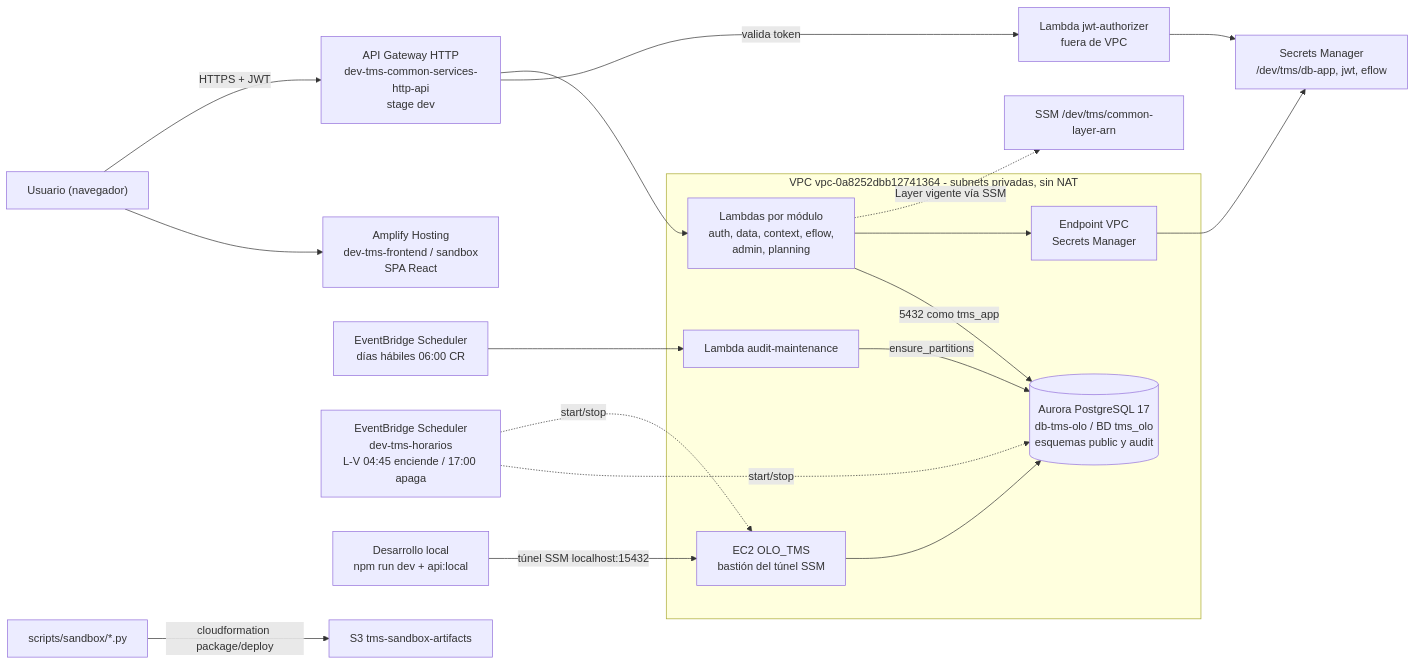
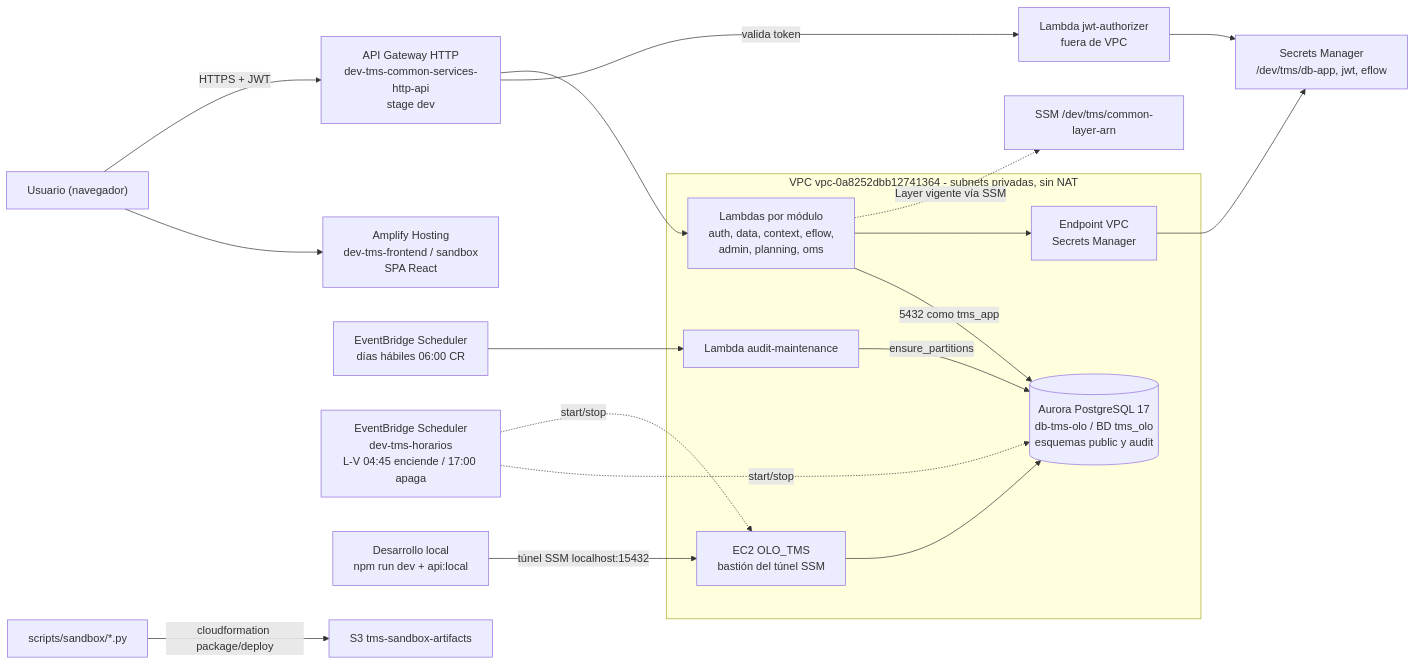
One commit to JeanCaOLO/sto_tms_olo changed the diagram in docs/reference/aws-inventario-tms.md. Above: the diagram before and after it, drawn with Mermaid. The commit also changed other lines of this file and 8 other files, not shown here.

````diff
--- a/docs/reference/aws-inventario-tms.md
+++ b/docs/reference/aws-inventario-tms.md
@@ -14,24 +14,24 @@
 ```mermaid
 flowchart LR
   user["Usuario (navegador)"] --> amplify["Amplify Hosting<br/>dev-tms-frontend / sandbox<br/>SPA React"]
   user -->|"HTTPS + JWT"| apigw["API Gateway HTTP<br/>dev-tms-common-services-http-api<br/>stage dev"]
   apigw -->|"valida token"| authz["Lambda jwt-authorizer<br/>fuera de VPC"]
-  apigw --> lambdas["Lambdas por módulo<br/>auth, data, context, eflow,<br/>admin, planning"]
+  apigw --> lambdas["Lambdas por módulo<br/>auth, data, context, eflow,<br/>admin, planning, oms"]
   sched["EventBridge Scheduler<br/>días hábiles 06:00 CR"] --> maint["Lambda audit-maintenance"]
   horarios["EventBridge Scheduler<br/>dev-tms-horarios<br/>L-V 04:45 enciende / 17:00 apaga"] -.->|"start/stop"| aurora
   horarios -.->|"start/stop"| bastion
   subgraph vpc["VPC vpc-0a8252dbb12741364 - subnets privadas, sin NAT"]
     lambdas
     maint
     vpce["Endpoint VPC<br/>Secrets Manager"]
     aurora[("Aurora PostgreSQL 17<br/>db-tms-olo / BD tms_olo<br/>esquemas public y audit")]
     bastion["EC2 OLO_TMS<br/>bastión del túnel SSM"]
   end
   lambdas -->|"5432 como tms_app"| aurora
   maint -->|"ensure_partitions"| aurora
   lambdas --> vpce --> secrets["Secrets Manager<br/>/dev/tms/db-app, jwt, eflow"]
   authz --> secrets
   dev["Desarrollo local<br/>npm run dev + api:local"] -->|"túnel SSM localhost:15432"| bastion --> aurora
   deploy["scripts/sandbox/*.py"] -->|"cloudformation package/deploy"| s3art["S3 tms-sandbox-artifacts"]
   lambdas -.->|"Layer vigente vía SSM"| ssm["SSM /dev/tms/common-layer-arn"]
 ```
````
